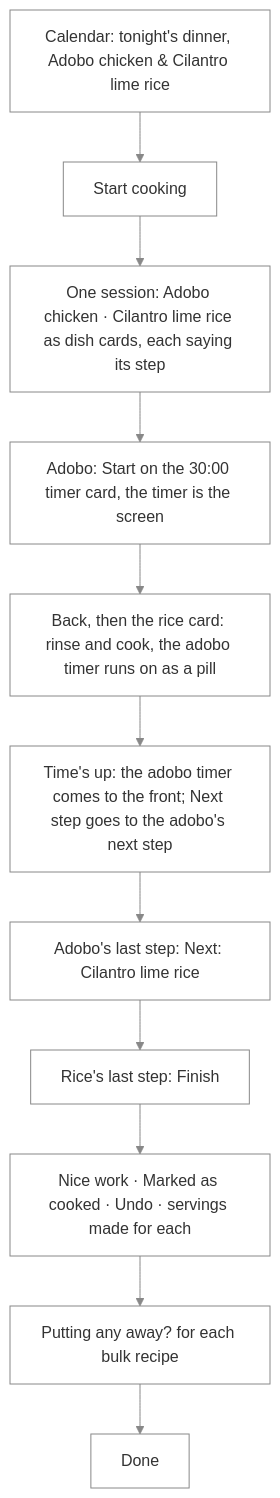
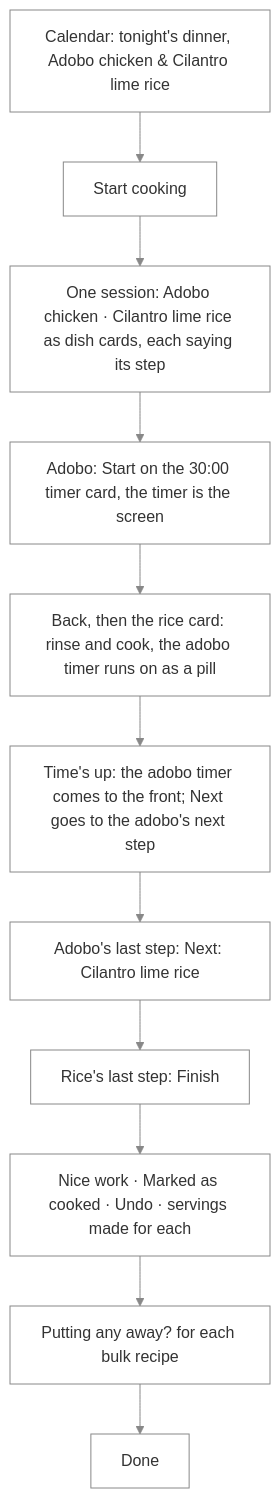
One commit to NovaMoonX/moondreams-dev-apps changed diagram 47 of 57 in src/apps/pinch/UX.md. Above: the diagram before and after it, drawn with Mermaid. The commit also changed other lines of this file and 4 other files, not shown here.

````diff
--- a/src/apps/pinch/UX.md
+++ b/src/apps/pinch/UX.md
@@ -1458,10 +1460,10 @@
 ```mermaid
 %%{init: {'theme': 'base', 'themeVariables': {'primaryColor': 'transparent', 'clusterBkg': 'transparent', 'primaryBorderColor': '#888888', 'clusterBorder': '#888888', 'lineColor': '#888888', 'primaryTextColor': '#333333'}}}%%
 flowchart TD
     A["Calendar: tonight's dinner, Adobo chicken & Cilantro lime rice"] --> B["Start cooking"]
     B --> C["One session: Adobo chicken · Cilantro lime rice as dish cards, each saying its step"]
     C --> D["Adobo: Start on the 30:00 timer card, the timer is the screen"] --> E["Back, then the rice card: rinse and cook, the adobo timer runs on as a pill"]
-    E --> F["Time's up: the adobo timer comes to the front; Next step goes to the adobo's next step"] --> G["Adobo's last step: Next: Cilantro lime rice"]
+    E --> F["Time's up: the adobo timer comes to the front; Next goes to the adobo's next step"] --> G["Adobo's last step: Next: Cilantro lime rice"]
     G --> H["Rice's last step: Finish"] --> I["Nice work · Marked as cooked · Undo · servings made for each"]
     I --> J["Putting any away? for each bulk recipe"] --> K["Done"]
 ```
````
